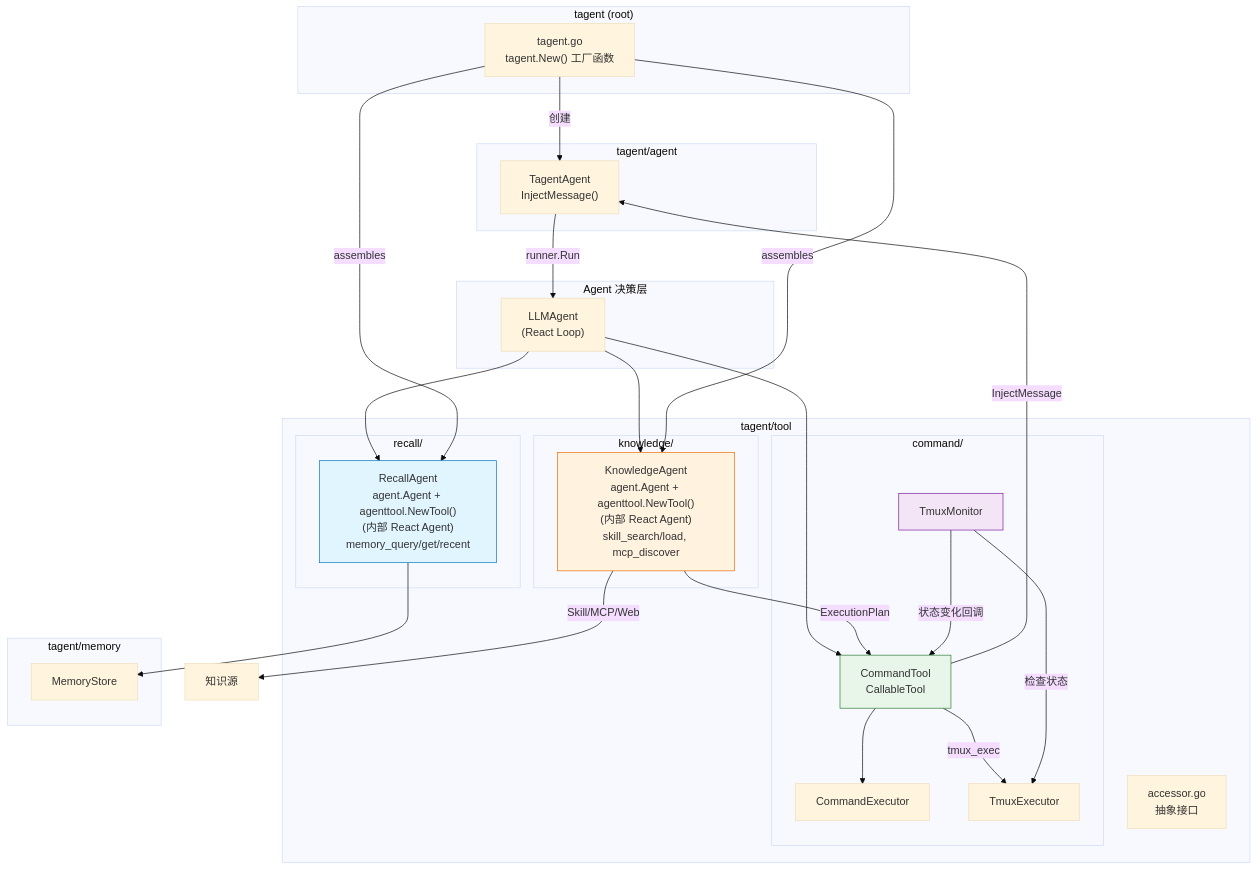
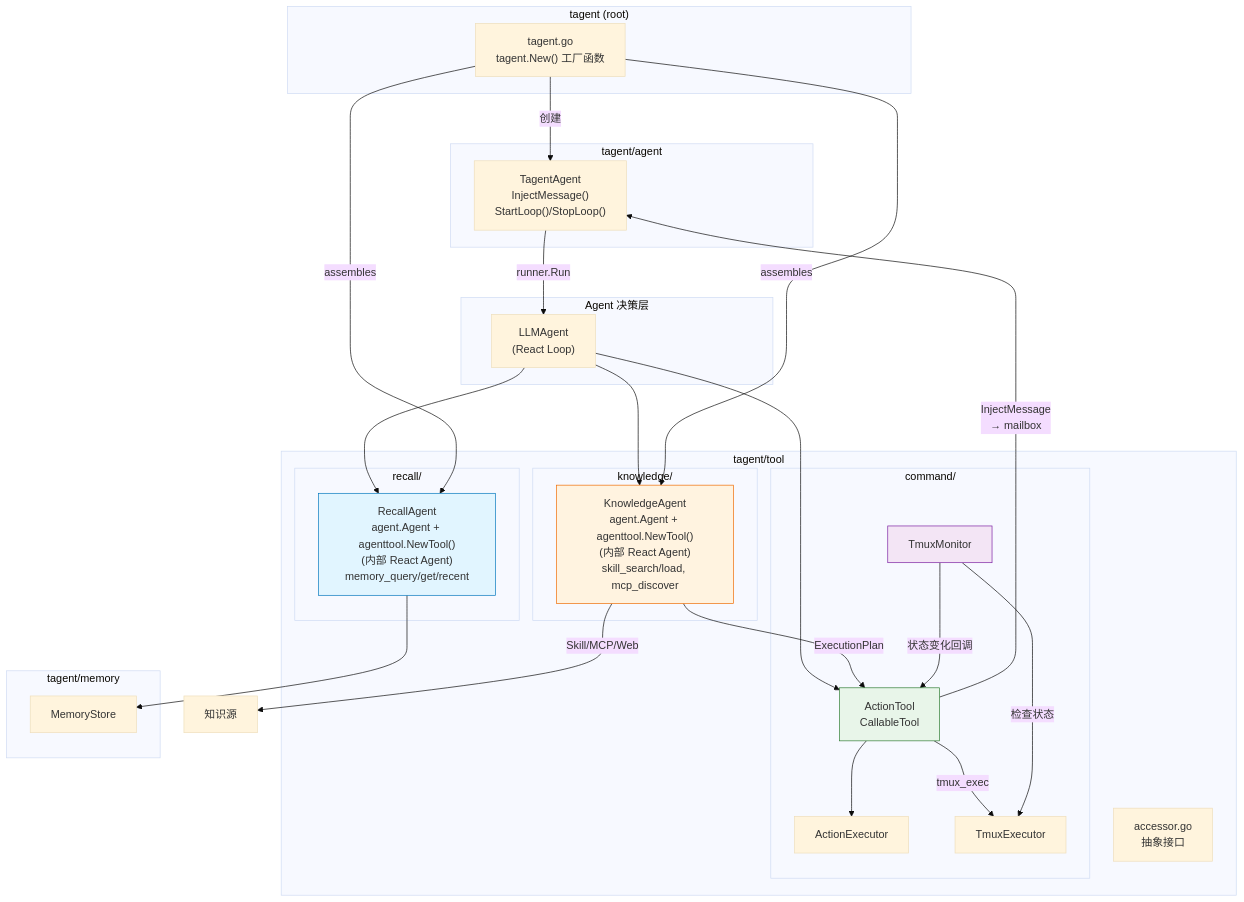
The first of 6 diagrams in docs/wiki/tool/tool-architecture.md (SpellingDragon/tagent), drawn with Mermaid (base theme) before and after one commit. The commit also changed other lines of this file and 109 other files, not shown here.

````diff
--- a/docs/wiki/tool/tool-architecture.md
+++ b/docs/wiki/tool/tool-architecture.md
@@ -102,56 +102,56 @@
 ```mermaid
 graph TB
     subgraph "tagent (root)"
         KA["tagent.go\ntagent.New() 工厂函数"]
     end
 
     subgraph "tagent/agent"
-        TA["TagentAgent\nInjectMessage()"]
+        TA["TagentAgent\nInjectMessage()\nStartLoop()/StopLoop()"]
     end
 
     subgraph "tagent/tool"
         subgraph "recall/"
             RA["RecallAgent\nagent.Agent + agenttool.NewTool()\n(内部 React Agent)\nmemory_query/get/recent"]
         end
         subgraph "knowledge/"
             KT["KnowledgeAgent\nagent.Agent + agenttool.NewTool()\n(内部 React Agent)\nskill_search/load, mcp_discover"]
         end
         subgraph "command/"
-            CT["CommandTool\nCallableTool"]
-            CE["CommandExecutor"]
+            CT["ActionTool\nCallableTool"]
+            CE["ActionExecutor"]
             TE["TmuxExecutor"]
             TM["TmuxMonitor"]
         end
         AC["accessor.go\n抽象接口"]
     end
 
     subgraph "tagent/memory"
         MS["MemoryStore"]
     end
 
     subgraph "Agent 决策层"
         LLMA["LLMAgent\n(React Loop)"]
     end
 
     LLMA --> RA
     LLMA --> KT
     LLMA --> CT
 
     RA --> MS
     KT -->|Skill/MCP/Web| SRC["知识源"]
     KT -->|ExecutionPlan| CT
     CT --> CE
     CT -->|tmux_exec| TE
     TM -->|检查状态| TE
     TM -->|状态变化回调| CT
-    CT -->|InjectMessage| TA
+    CT -->|InjectMessage<br/>→ mailbox| TA
     TA -->|runner.Run| LLMA
     KA -->|创建| TA
     KA -->|assembles| RA
     KA -->|assembles| KT
 
     style RA fill:#e1f5ff,stroke:#0277bd
     style KT fill:#fff3e0,stroke:#ef6c00
     style CT fill:#e8f5e9,stroke:#2e7d32
     style TM fill:#f3e5f5,stroke:#7b1fa2
 ```
````
